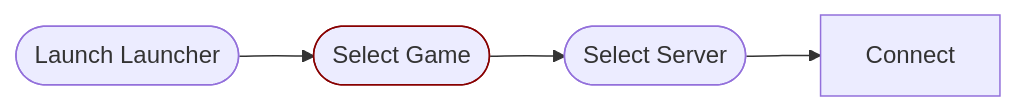
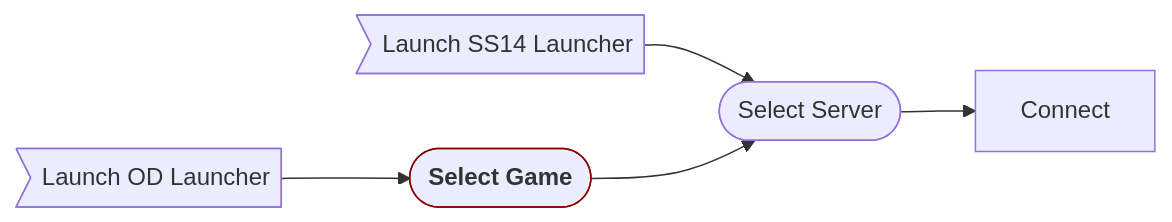
One commit to space-wizards/docs changed the diagram in src/en/proposals/zewaka-launcher-games.md. Above: the diagram before and after it, drawn with Mermaid.

Commit message:
more gaming chart

````diff
--- a/src/en/proposals/zewaka-launcher-games.md
+++ b/src/en/proposals/zewaka-launcher-games.md
@@ -12,10 +12,13 @@
 ```mermaid
 flowchart LR
-    root([Launch Launcher])
-    game([Select Game])
+    rootod>Launch OD Launcher]
+    root14>Launch SS14 Launcher]
+    game(["`**Select Game**`"])
     style game stroke:#800
     server([Select Server])
-    root --> game
+
+    rootod --> game
+    root14 --> server
     game --> server
     server --> Connect
 ```
````
